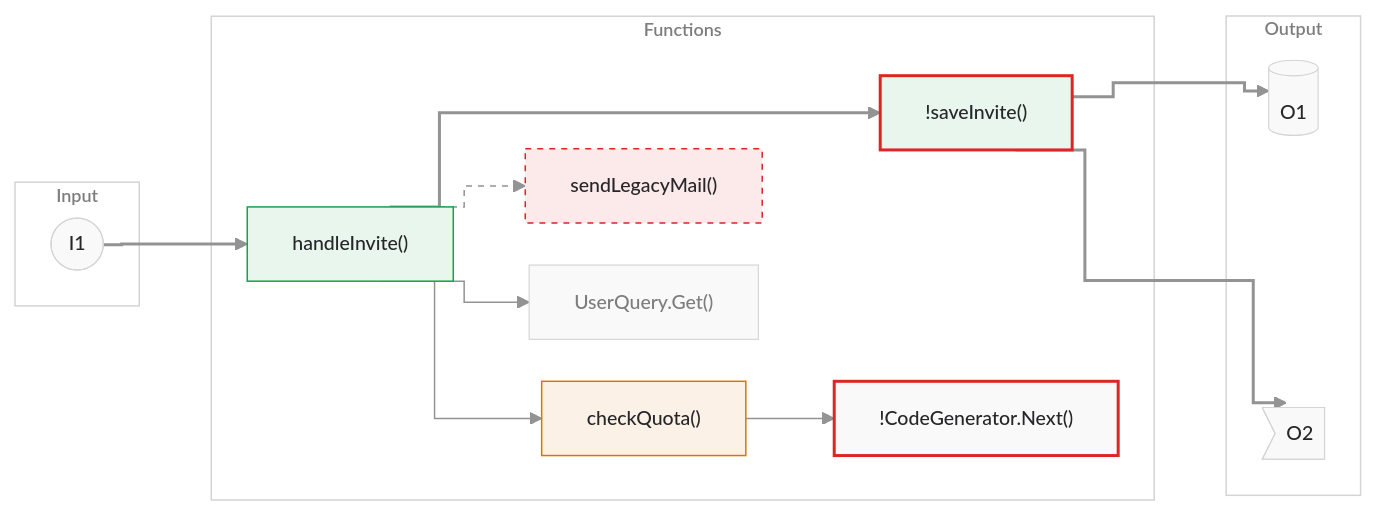
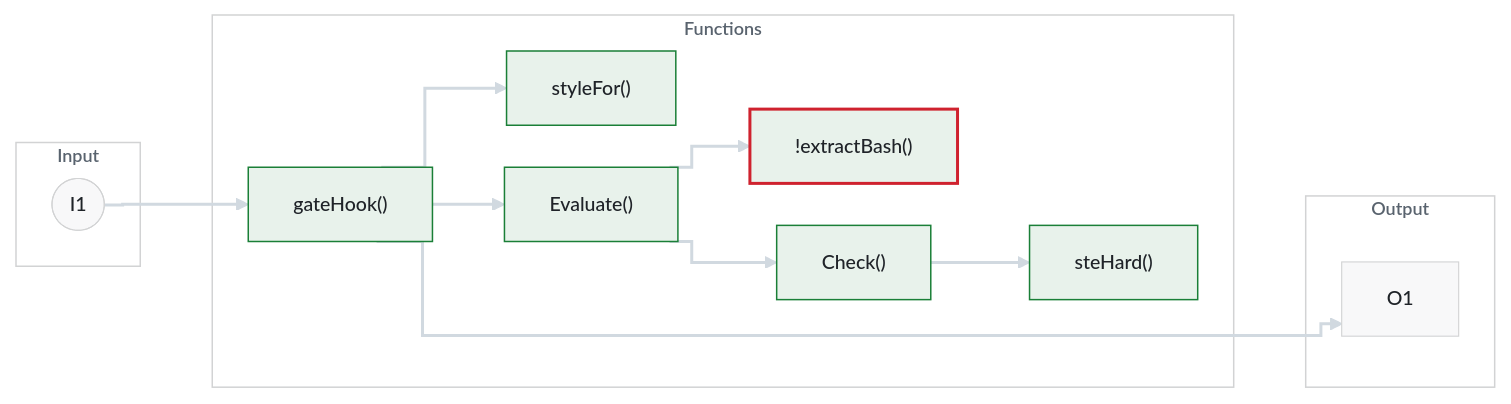
Before and after one commit to gagoar/pr-brief: the second of 8 diagrams in docs/samples/craft-themes.md, drawn with Mermaid. The commit also changed other lines of this file, not shown here.

Commit message:
Sample: only the four candidate looks, each with an all-states and a realistic diagram

````diff
--- a/docs/samples/craft-themes.md
+++ b/docs/samples/craft-themes.md
@@ -66,41 +65,36 @@
 ```mermaid
-%%{init: {"theme":"base","flowchart":{"curve":"step","nodeSpacing":28,"rankSpacing":48,"diagramPadding":40},"themeVariables":{"darkMode":false,"background":"#FFFFFF","fontFamily":"Inter, Helvetica, Arial","fontSize":"13px","dropShadow":"none","primaryColor":"#f9f9f9","primaryTextColor":"#27272A","primaryBorderColor":"#d4d4d4","nodeTextColor":"#27272A","textColor":"#27272A","mainBkg":"#f9f9f9","nodeBorder":"#d4d4d4","lineColor":"#939394","clusterBkg":"#FFFFFF","clusterBorder":"#d4d4d4","titleColor":"#7d7d7f","edgeLabelBackground":"#FFFFFF"}}}%%
+%%{init: {"theme":"base","flowchart":{"curve":"step","nodeSpacing":28,"rankSpacing":48,"diagramPadding":40},"themeVariables":{"darkMode":false,"background":"#ffffff","fontFamily":"Inter, Helvetica, Arial","fontSize":"13px","dropShadow":"none","primaryColor":"#f8f8f9","primaryTextColor":"#1f2328","primaryBorderColor":"#d2d3d4","nodeTextColor":"#1f2328","textColor":"#1f2328","mainBkg":"#f8f8f9","nodeBorder":"#d2d3d4","lineColor":"#d1d9e0","clusterBkg":"#ffffff","clusterBorder":"#d2d3d4","titleColor":"#59636e","edgeLabelBackground":"#ffffff"}}}%%
 graph LR
   subgraph IN["Input"]
     I1(["I1"])
   end
   subgraph FN["Functions"]
-    F1["handleInvite()"]:::added
-    F2["checkQuota()"]:::modified
-    F3["sendLegacyMail()"]:::removed
-    F4["UserQuery.Get()"]:::context
-    F5["!CodeGenerator.Next()"]:::risk
-    F6["!saveInvite()"]:::riskadded
+    F1["gateHook()"]:::added
+    F2["styleFor()"]:::added
+    F3["Evaluate()"]:::added
+    F4["!extractBash()"]:::riskadded
+    F5["Check()"]:::added
+    F6["steHard()"]:::added
   end
   subgraph OUT["Output"]
-    O1[("O1")]
-    O2>"O2"]
+    O1["O1"]
   end
   I1 ==> F1
-  F1 --> F2
-  F1 --> F4
-  F2 --> F5
-  F1 ==> F6
-  F1 -.-> F3
-  F6 ==> O1
-  F6 ==> O2
-  F5 ~~~ O1
-  F5 ~~~ O2
-  classDef default fill:#f9f9f9,stroke:#d4d4d4,stroke-width:0.75px,color:#27272A,font-weight:500
-  classDef added fill:#e8f6ed,stroke:#16a34a,stroke-width:1px,color:#27272A,font-weight:500
-  classDef modified fill:#fbf1e6,stroke:#d97706,stroke-width:1px,color:#27272A,font-weight:500
-  classDef removed fill:#fce9e9,stroke:#dc2626,stroke-width:1px,stroke-dasharray:4 4,color:#27272A,font-weight:500
-  classDef context fill:#f9f9f9,stroke:#d4d4d4,stroke-width:0.75px,color:#7d7d7f,font-weight:500
-  classDef risk fill:#f9f9f9,stroke:#dc2626,stroke-width:2px,color:#27272A,font-weight:500
-  classDef riskadded fill:#e8f6ed,stroke:#dc2626,stroke-width:2px,color:#27272A,font-weight:500
-  classDef zone fill:#FFFFFF,stroke:#d4d4d4,stroke-width:1px,color:#7d7d7f,font-weight:600,font-size:12px
+  F1 ==> F2
+  F1 ==> F3
+  F3 ==> F4
+  F3 ==> F5
+  F5 ==> F6
+  F1 ==> O1
+  F6 ~~~ O1
+  classDef default fill:#f8f8f9,stroke:#d2d3d4,stroke-width:0.75px,color:#1f2328,font-weight:500
+  classDef added fill:#e8f2eb,stroke:#1a7f37,stroke-width:1px,color:#1f2328,font-weight:500
+  classDef modified fill:#f5f0e6,stroke:#9a6700,stroke-width:1px,color:#1f2328,font-weight:500
+  classDef removed fill:#fae9ea,stroke:#cf222e,stroke-width:1px,stroke-dasharray:4 4,color:#1f2328,font-weight:500
+  classDef context fill:#f8f8f9,stroke:#d2d3d4,stroke-width:0.75px,color:#59636e,font-weight:500
+  classDef risk fill:#f8f8f9,stroke:#cf222e,stroke-width:2px,color:#1f2328,font-weight:500
+  classDef riskadded fill:#e8f2eb,stroke:#cf222e,stroke-width:2px,color:#1f2328,font-weight:500
+  classDef zone fill:#ffffff,stroke:#d2d3d4,stroke-width:1px,color:#59636e,font-weight:600,font-size:12px
   class IN,FN,OUT zone
-  linkStyle 1,2,3 stroke:#939394,stroke-width:1px
-  linkStyle 0,4,6,7 stroke:#939394,stroke-width:2px
-  linkStyle 5 stroke:#939394,stroke-width:1px,stroke-dasharray:4 4
+  linkStyle 0,1,2,3,4,5,6 stroke:#d1d9e0,stroke-width:2px
 ```
````
